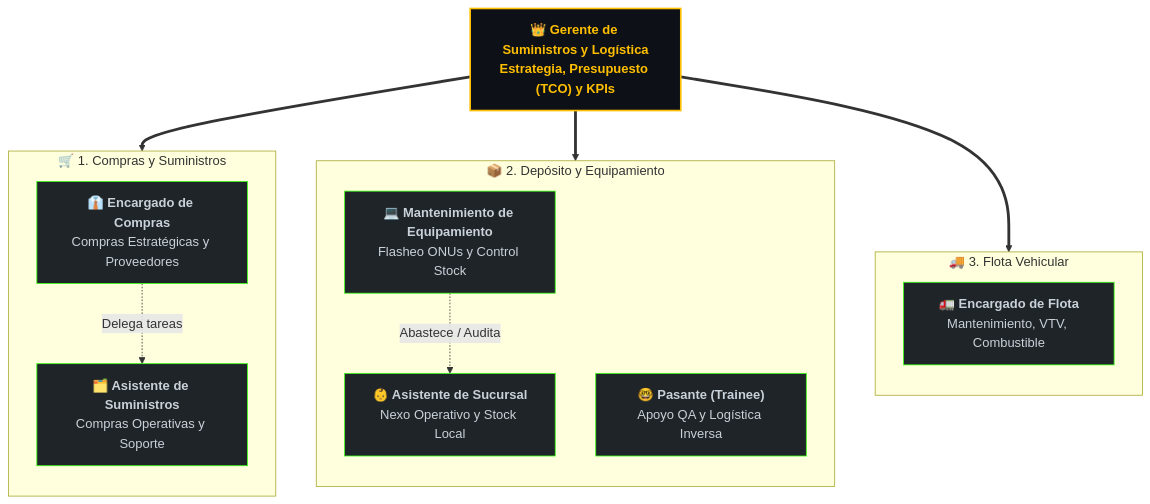
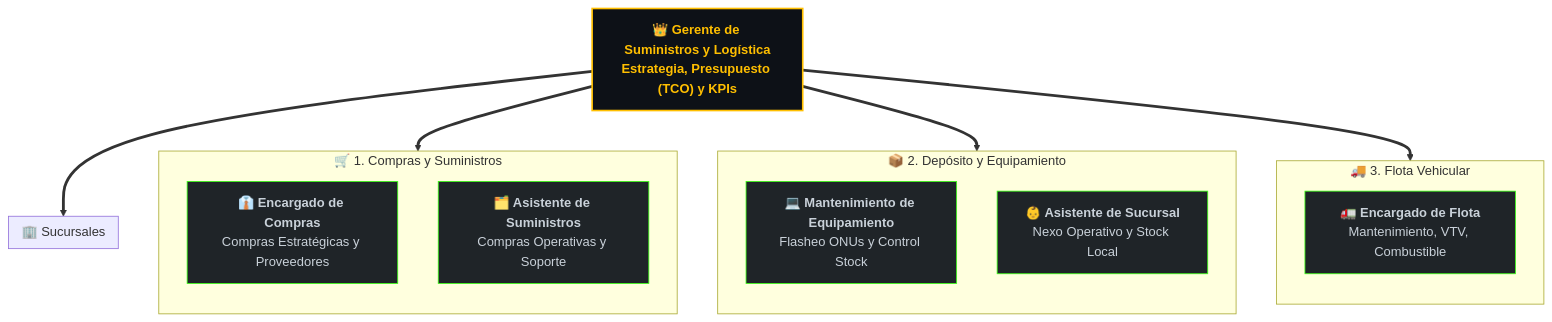
Before and after one commit to elingenierok/procedimientos-isp: the diagram in docs/index.md, drawn with Mermaid.

Commit message:
Add subgraph for branches and update connections
Added a new subgraph for branches and updated connections.

````diff
--- a/docs/index.md
+++ b/docs/index.md
@@ -14,39 +14,42 @@
 ```mermaid
 graph TD
     classDef gerencia fill:#0d1117,stroke:#ffbf00,stroke-width:2px,color:#ffbf00,font-weight:bold;
     classDef area fill:#161b22,stroke:#00f3ff,stroke-width:2px,color:#00f3ff,font-weight:bold;
     classDef rol fill:#1f2428,stroke:#39ff14,stroke-width:1px,color:#c9d1d9,border-radius:5px;
 
     %% Liderazgo
     GER["<b>👑 Gerente de Suministros y Logística</b><br>Estrategia, Presupuesto (TCO) y KPIs"]:::gerencia
 
     %% Sub-Vertical 1
     subgraph SV1 ["🛒 1. Compras y Suministros"]
         direction TB
         R_COMP["<b>👔 Encargado de Compras</b><br>Compras Estratégicas y Proveedores"]:::rol
         R_ASIS["<b>🗂️ Asistente de Suministros</b><br>Compras Operativas y Soporte"]:::rol
     end
 
     %% Sub-Vertical 2
     subgraph SV2 ["📦 2. Depósito y Equipamiento"]
         direction TB
         R_MANT["<b>💻 Mantenimiento de Equipamiento</b><br>Flasheo ONUs y Control Stock"]:::rol
         R_SUC["<b>👶 Asistente de Sucursal</b><br>Nexo Operativo y Stock Local"]:::rol
-        R_PAS["<b>🤓 Pasante (Trainee)</b><br>Apoyo QA y Logística Inversa"]:::rol
-    end
+        end
 
     %% Sub-Vertical 3
     subgraph SV3 ["🚚 3. Flota Vehicular"]
         direction TB
         R_FLOTA["<b>🚛 Encargado de Flota</b><br>Mantenimiento, VTV, Combustible"]:::rol
     end
 
+    %% Sucursales
+    subgraph SV4 ["🏢 Sucursales"]
+        direction TB
+        R_SUC["<b>👶 Asistente de Sucursal</b><br>Nexo Operativo y Stock Local"]:::rol
+    end
+
     %% Conexiones Jerárquicas
     GER ==> SV1
     GER ==> SV2
     GER ==> SV3
+ GER ==> SV4
 
-    %% Conexiones Operativas Internas
-    R_COMP -.->|Delega tareas| R_ASIS
-    R_MANT -.->|Abastece / Audita| R_SUC
-```
+   ```
````
